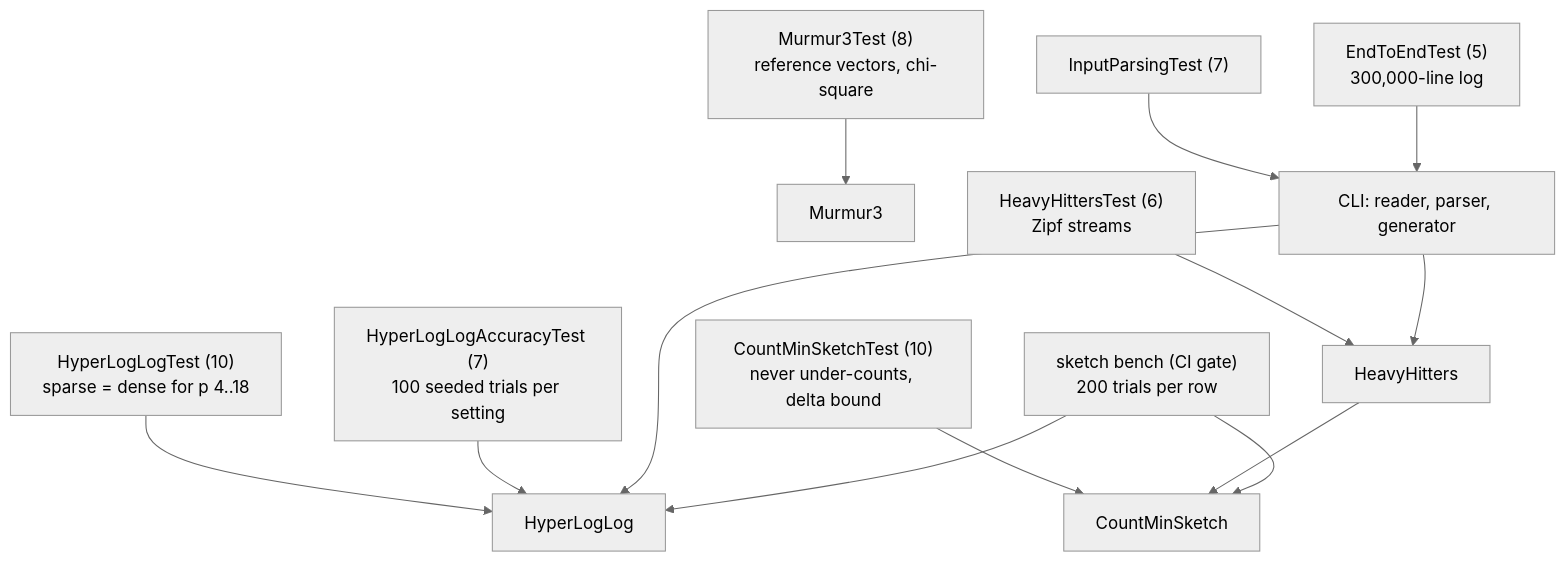
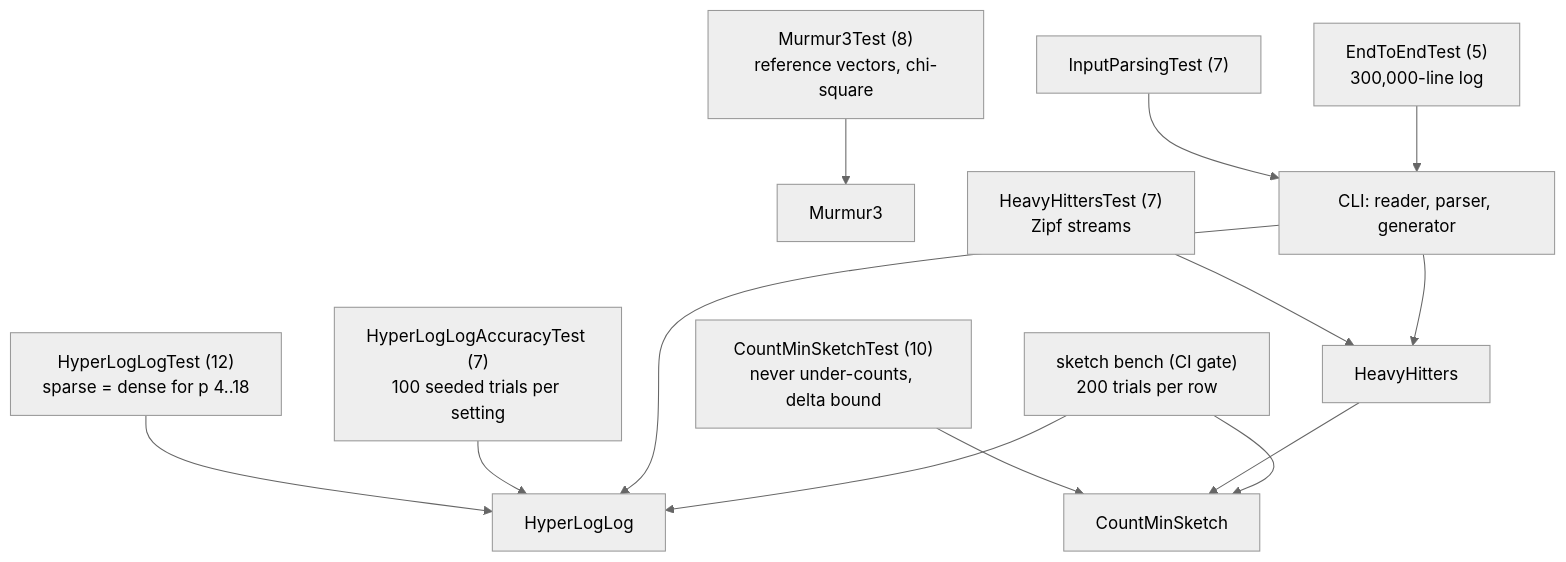
Before and after one commit to EquinoxWN/probabilistic-sketches: the second of 2 diagrams in README.md, drawn with Mermaid (neutral theme). The commit also changed other lines of this file and 5 other files, not shown here.

````diff
--- a/README.md
+++ b/README.md
@@ -182,15 +183,15 @@
 ```mermaid
 flowchart TB
   MT["Murmur3Test (8)<br/>reference vectors, chi-square"] --> Hash["Murmur3"]
-  HT["HyperLogLogTest (10)<br/>sparse = dense for p 4..18"] --> HLL["HyperLogLog"]
+  HT["HyperLogLogTest (12)<br/>sparse = dense for p 4..18"] --> HLL["HyperLogLog"]
   HA["HyperLogLogAccuracyTest (7)<br/>100 seeded trials per setting"] --> HLL
   CT["CountMinSketchTest (10)<br/>never under-counts, delta bound"] --> CMS["CountMinSketch"]
-  HH["HeavyHittersTest (6)<br/>Zipf streams"] --> Heap["HeavyHitters"]
+  HH["HeavyHittersTest (7)<br/>Zipf streams"] --> Heap["HeavyHitters"]
   Heap --> CMS
   IP["InputParsingTest (7)"] --> CLI["CLI: reader, parser, generator"]
   E2E["EndToEndTest (5)<br/>300,000-line log"] --> CLI
   CLI --> HLL
   CLI --> Heap
   B["sketch bench (CI gate)<br/>200 trials per row"] --> HLL
   B --> CMS
 ```
````
